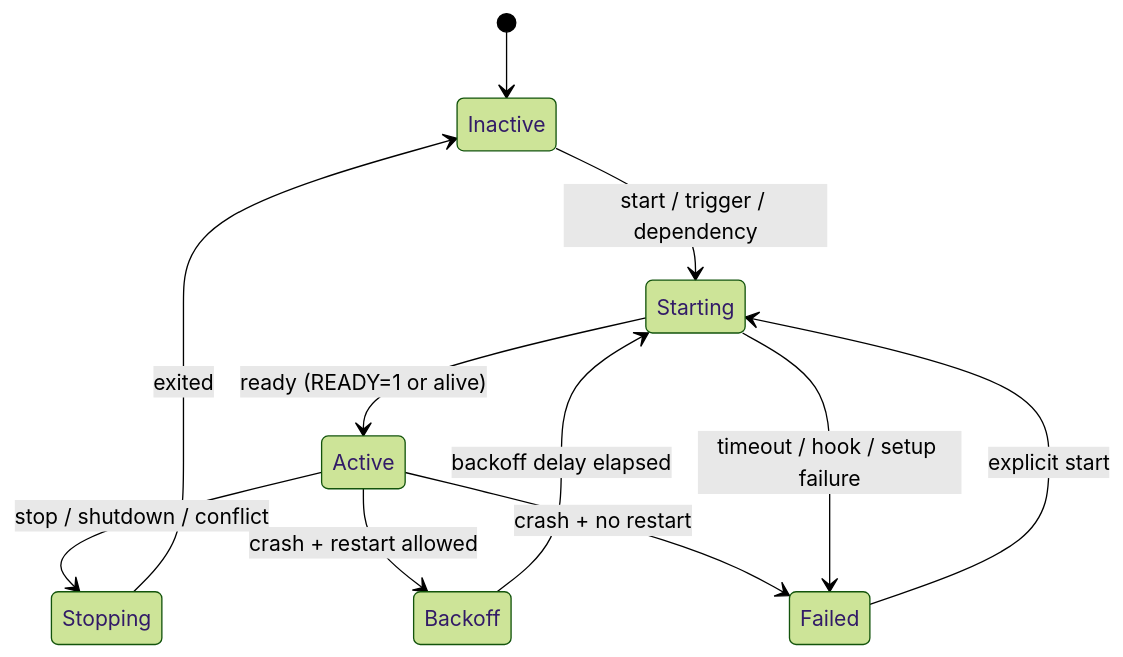
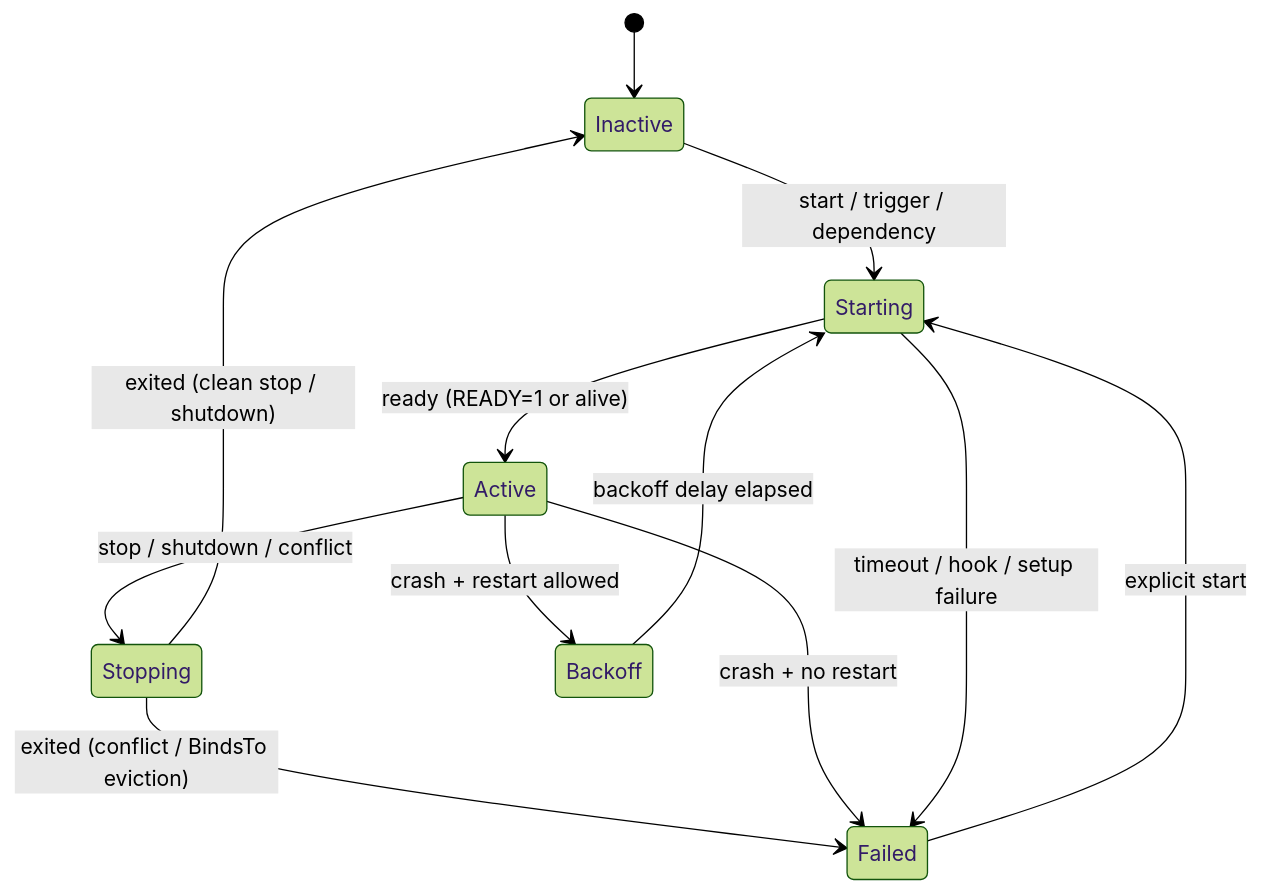
Before and after one commit to peios/learn: the diagram in docs/1-peios/content/1750-peinit/500-the-service-lifecycle.md, drawn with Mermaid (forest theme). The commit also changed other lines of this file and 320 other files, not shown here.

````diff
--- a/docs/1-peios/content/1750-peinit/500-the-service-lifecycle.md
+++ b/docs/1-peios/content/1750-peinit/500-the-service-lifecycle.md
@@ -39,13 +39,14 @@
 ```mermaid
 stateDiagram-v2
     [*] --> Inactive
     Inactive --> Starting: start / trigger / dependency
     Starting --> Active: ready (READY=1 or alive)
     Active --> Stopping: stop / shutdown / conflict
-    Stopping --> Inactive: exited
+    Stopping --> Inactive: exited (clean stop / shutdown)
+    Stopping --> Failed: exited (conflict / BindsTo eviction)
     Active --> Backoff: crash + restart allowed
     Backoff --> Starting: backoff delay elapsed
     Active --> Failed: crash + no restart
     Starting --> Failed: timeout / hook / setup failure
     Failed --> Starting: explicit start
 ```
````
